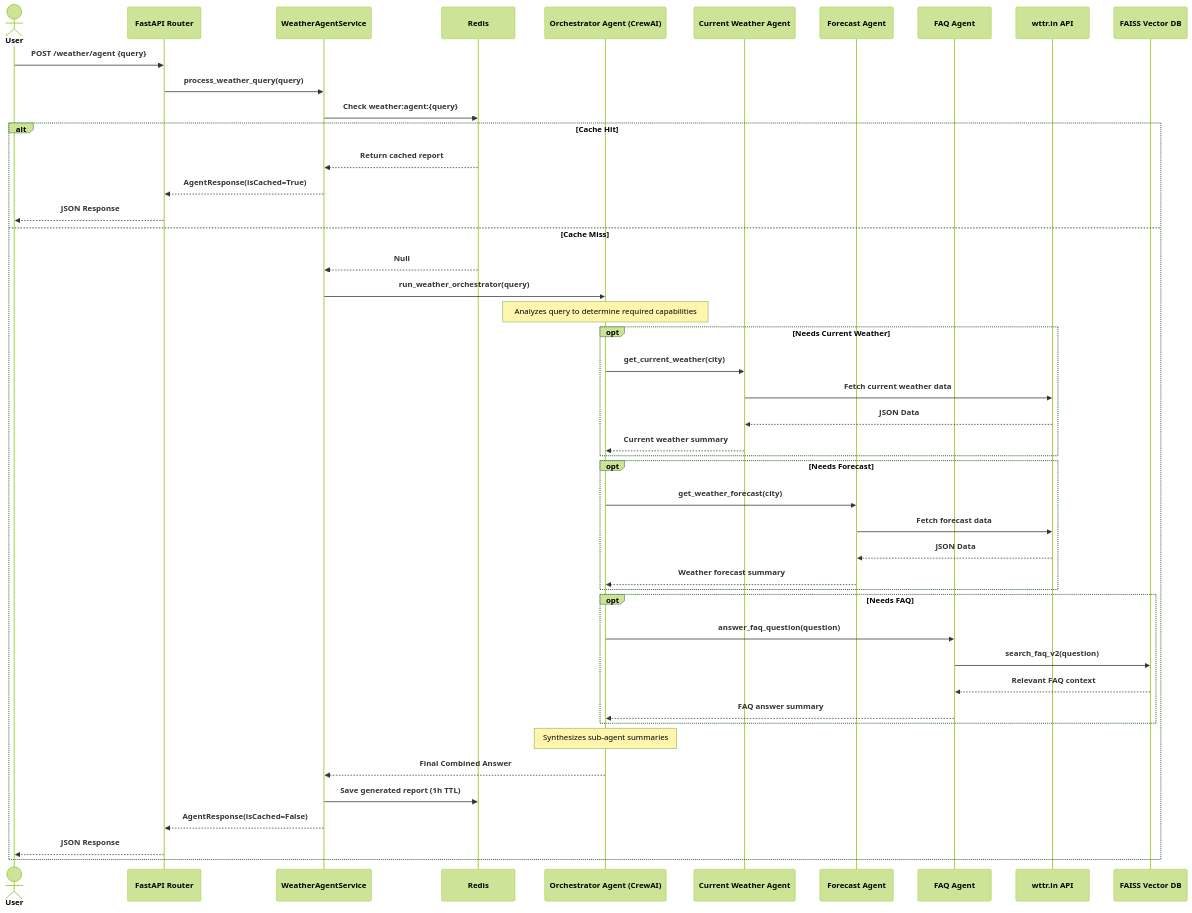
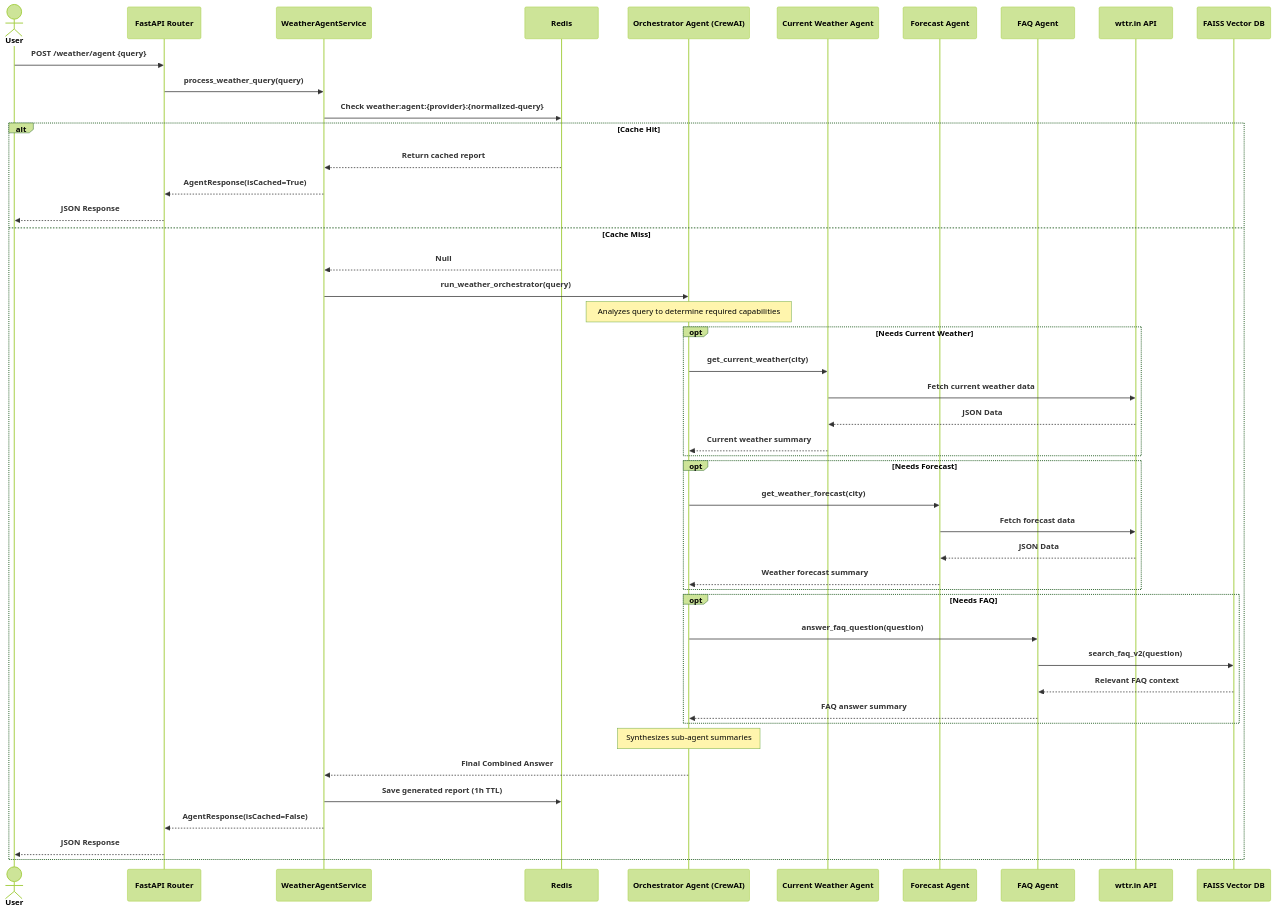
The diagram in README.md (nabajyotisahariah/ai-python-weather-agent), drawn with Mermaid (forest theme) before and after one commit. The commit also changed other lines of this file, not shown here.

````diff
--- a/README.md
+++ b/README.md
@@ -344,56 +353,56 @@
 ```mermaid
 %%{init: {'sequence': {'actorFontWeight': 'bold', 'noteFontWeight': 'bold', 'messageFontWeight': 'bold'}}}%%
 sequenceDiagram
     actor User
     participant API as FastAPI Router
     participant Service as WeatherAgentService
     participant Cache as Redis
     participant Orch as Orchestrator Agent (CrewAI)
     participant CWA as Current Weather Agent
     participant WFA as Forecast Agent
     participant FAQ as FAQ Agent
     participant Ext as wttr.in API
     participant VDB as FAISS Vector DB
 
     User->>API: POST /weather/agent {query}
     API->>Service: process_weather_query(query)
-    Service->>Cache: Check weather:agent:{query}
+    Service->>Cache: Check weather:agent:{provider}:{normalized-query}
     
     alt Cache Hit
         Cache-->>Service: Return cached report
         Service-->>API: AgentResponse(isCached=True)
         API-->>User: JSON Response
     else Cache Miss
         Cache-->>Service: Null
         Service->>Orch: run_weather_orchestrator(query)
         Note over Orch: Analyzes query to determine required capabilities
         
         opt Needs Current Weather
             Orch->>CWA: get_current_weather(city)
             CWA->>Ext: Fetch current weather data
             Ext-->>CWA: JSON Data
             CWA-->>Orch: Current weather summary
         end
         
         opt Needs Forecast
             Orch->>WFA: get_weather_forecast(city)
             WFA->>Ext: Fetch forecast data
             Ext-->>WFA: JSON Data
             WFA-->>Orch: Weather forecast summary
         end
 
         opt Needs FAQ
             Orch->>FAQ: answer_faq_question(question)
             FAQ->>VDB: search_faq_v2(question)
             VDB-->>FAQ: Relevant FAQ context
             FAQ-->>Orch: FAQ answer summary
         end
         
         Note over Orch: Synthesizes sub-agent summaries
         Orch-->>Service: Final Combined Answer
         
         Service->>Cache: Save generated report (1h TTL)
         Service-->>API: AgentResponse(isCached=False)
         API-->>User: JSON Response
     end
 ```
````
